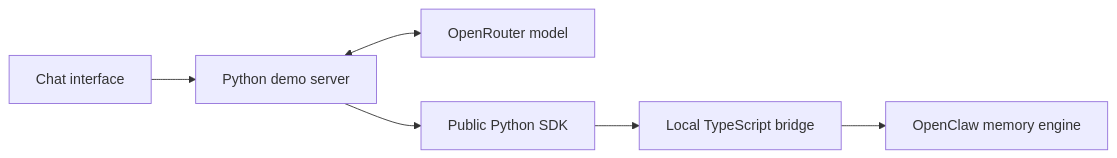
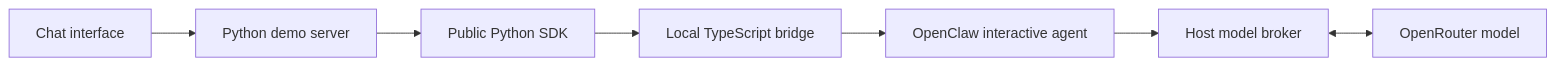
The diagram in apps/memory-chat/SDK-CONNECTION.md (DorukhanArslan/openclaw-memory-bridge), drawn with Mermaid before and after one commit. The commit also changed other lines of this file and 17 other files, not shown here.

Commit message:
Connect Memory Chat to native OpenClaw sessions and recall

````diff
--- a/apps/memory-chat/SDK-CONNECTION.md
+++ b/apps/memory-chat/SDK-CONNECTION.md
@@ -7,8 +7,9 @@
 ```mermaid
 flowchart LR
     Browser[Chat interface] --> Host[Python demo server]
-    Host <--> Model[OpenRouter model]
     Host --> SDK[Public Python SDK]
     SDK --> Bridge[Local TypeScript bridge]
-    Bridge --> Engine[OpenClaw memory engine]
+    Bridge --> Native[OpenClaw interactive agent]
+    Native --> Broker[Host model broker]
+    Broker <--> Model[OpenRouter model]
 ```
````
